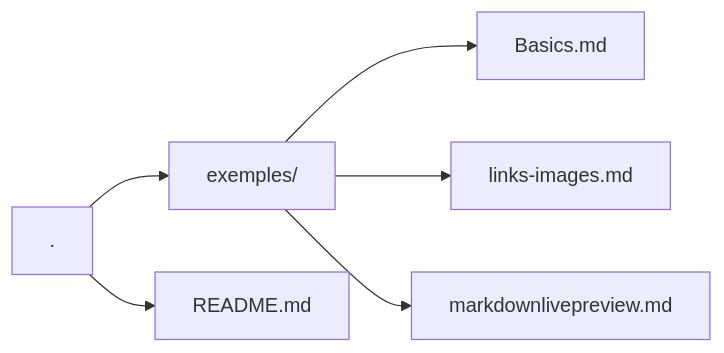
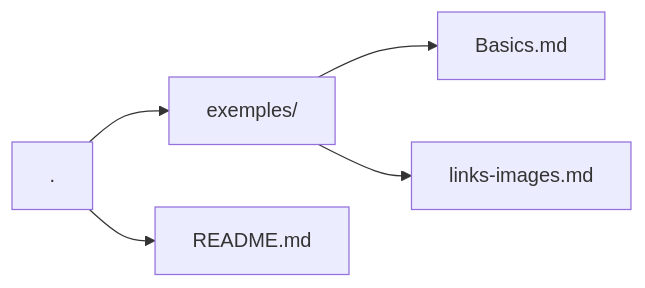
Before and after one commit to Unde21/Markdown: the diagram in README.md, drawn with Mermaid.

````diff
--- a/README.md
+++ b/README.md
@@ -40,16 +40,16 @@
 ```mermaid
 flowchart LR
     root["."]
 
     root --> exemples["exemples/"]
     exemples --> basics["Basics.md"]
     exemples --> links["links-images.md"]
-    exemples --> preview["markdownlivepreview.md"]
+    %% exemples --> preview["markdownlivepreview.md"]
 
     root --> readme["README.md"]
     click basics "https://github.com/Lzozoflo/Markdown/blob/main/exemples/Basics.md" "Open Basics"
-    click links "exemples/links-images.md" "Open links-images"
-    click preview "exemples/markdownlivepreview.md" "Open preview"
-    click readme "README.md" "Open README"
+    click links "https://github.com/Lzozoflo/Markdown/blob/main/exemples/links-images.md" "Open links-images"
+    %% click preview "https://github.com/Lzozoflo/Markdown/blob/main/exemples/markdownlivepreview.md" "Open preview"
+    click readme "https://github.com/Lzozoflo/Markdown/blob/main/README.md" "Open README"
 
 ```
````
